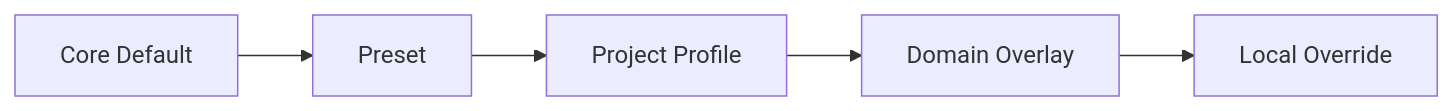
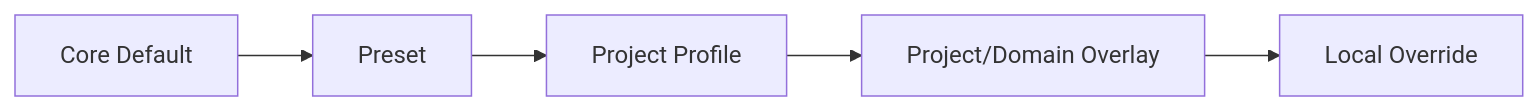
Before and after one commit to Seunghyun0606/SDLC_DDD_SDD: the first of 2 diagrams in sdlc/guides/04_HARNESS_커스터마이징가이드.md, drawn with Mermaid. The commit also changed other lines of this file, not shown here.

````diff
--- a/sdlc/guides/04_HARNESS_커스터마이징가이드.md
+++ b/sdlc/guides/04_HARNESS_커스터마이징가이드.md
@@ -7,4 +7,4 @@
 ```mermaid
 flowchart LR
-    C["Core Default"] --> P["Preset"] --> R["Project Profile"] --> D["Domain Overlay"] --> L["Local Override"]
+    C["Core Default"] --> P["Preset"] --> R["Project Profile"] --> D["Project/Domain Overlay"] --> L["Local Override"]
 ```
````
